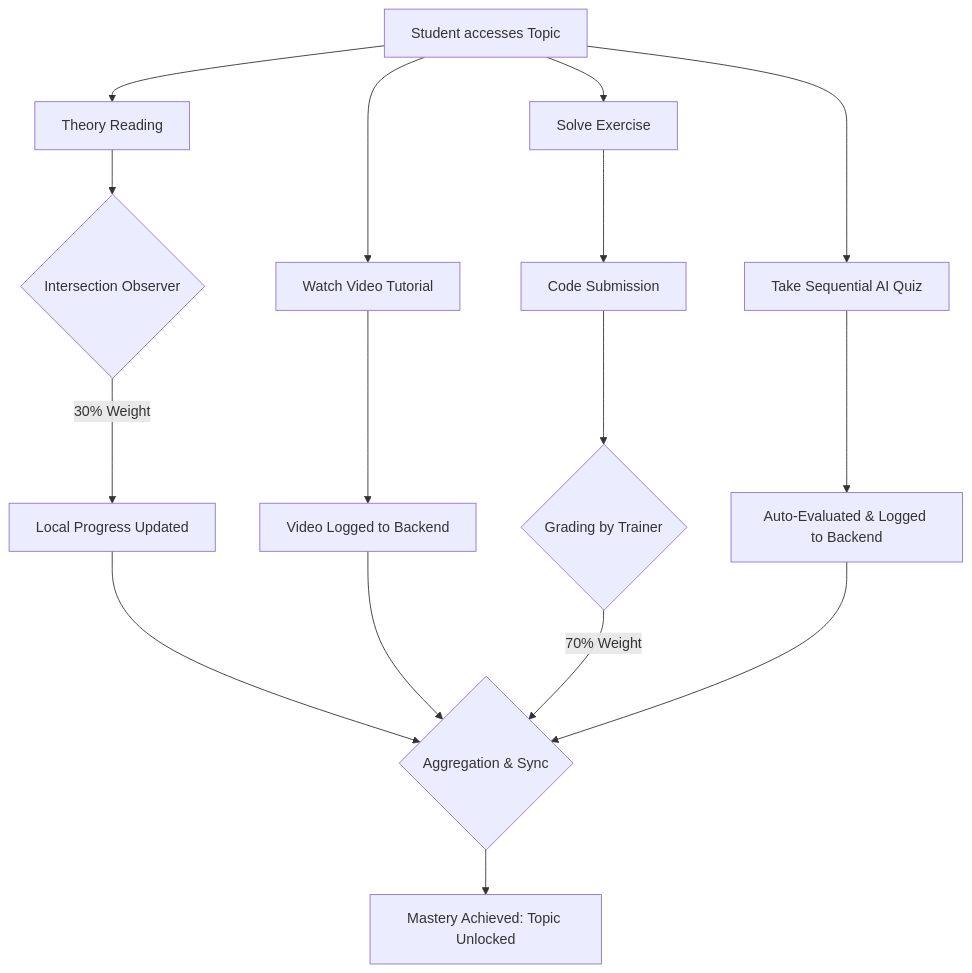
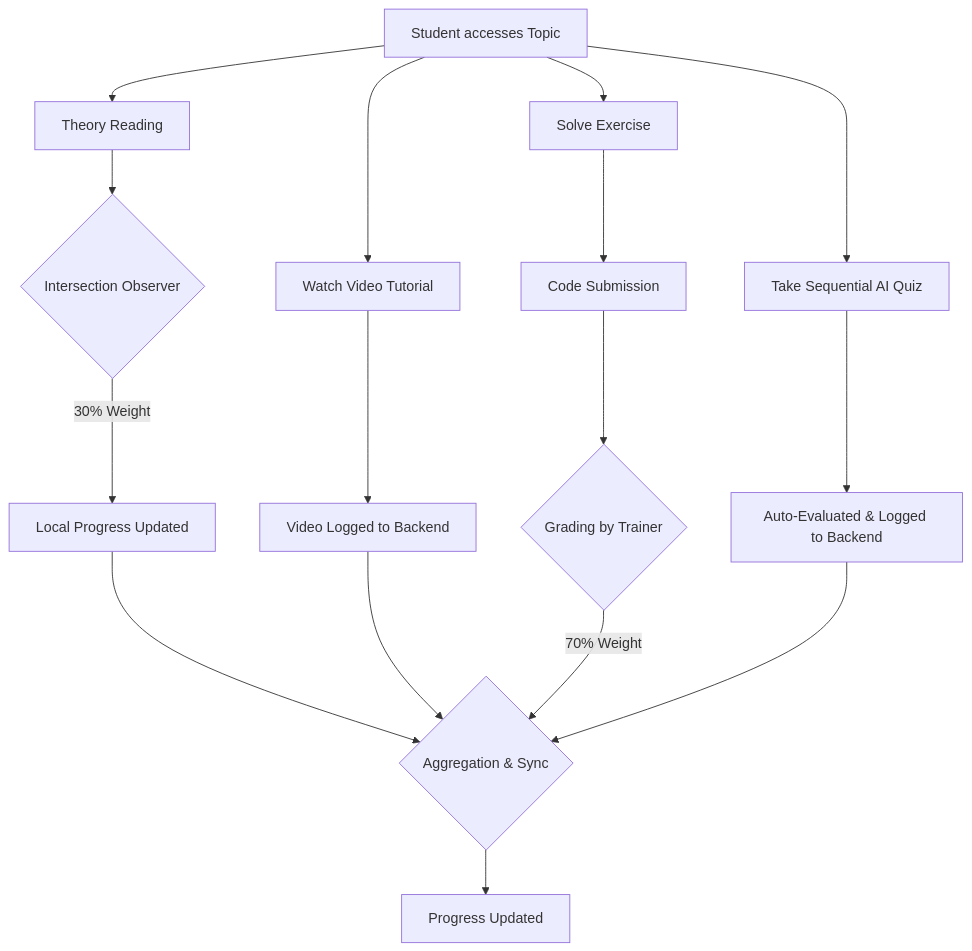
The seventh of 9 diagrams in README.md (suyash-rgb/JS-Mentor), drawn with Mermaid before and after one commit.

Commit message:
docs: correction in progress tracking

````diff
--- a/README.md
+++ b/README.md
@@ -311,23 +311,23 @@
 ```mermaid
 flowchart TD
     A[Student accesses Topic] --> B[Theory Reading]
     B --> C{Intersection Observer}
     C -- 30% Weight --> D[Local Progress Updated]
     
     A --> E[Watch Video Tutorial]
     E --> F[Video Logged to Backend]
     
     A --> G[Solve Exercise]
     G --> H[Code Submission]
     H --> I{Grading by Trainer}
     
     A --> J[Take Sequential AI Quiz]
     J --> K[Auto-Evaluated & Logged to Backend]
     
     D --> L{Aggregation & Sync}
     F --> L
     I -- 70% Weight --> L
     K --> L
     
-    L --> M[Mastery Achieved: Topic Unlocked]
+    L --> M[Progress Updated]
 ```
````
